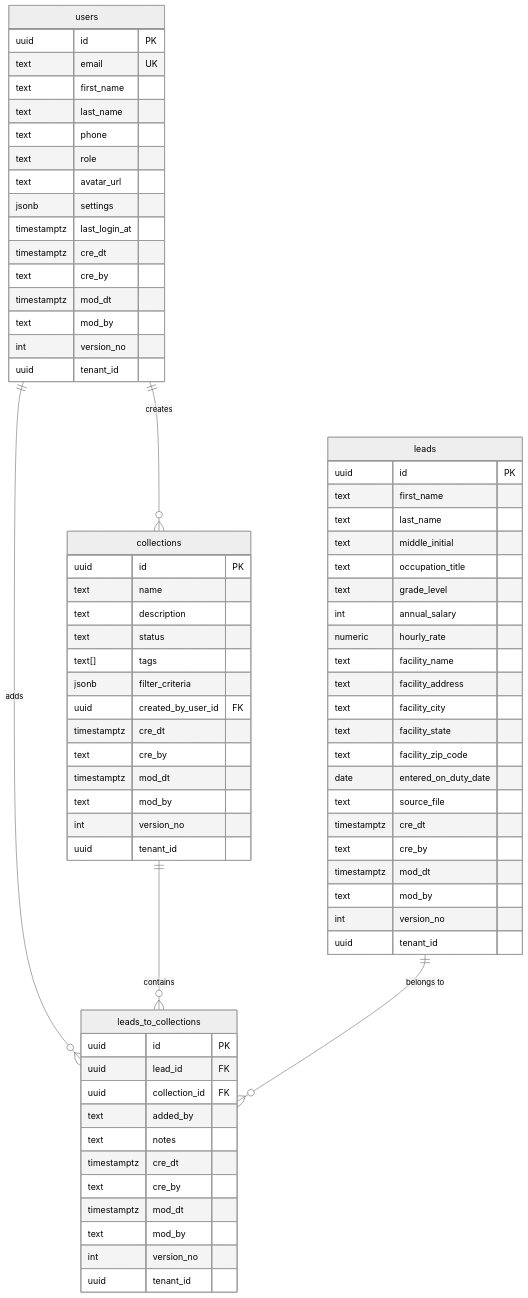
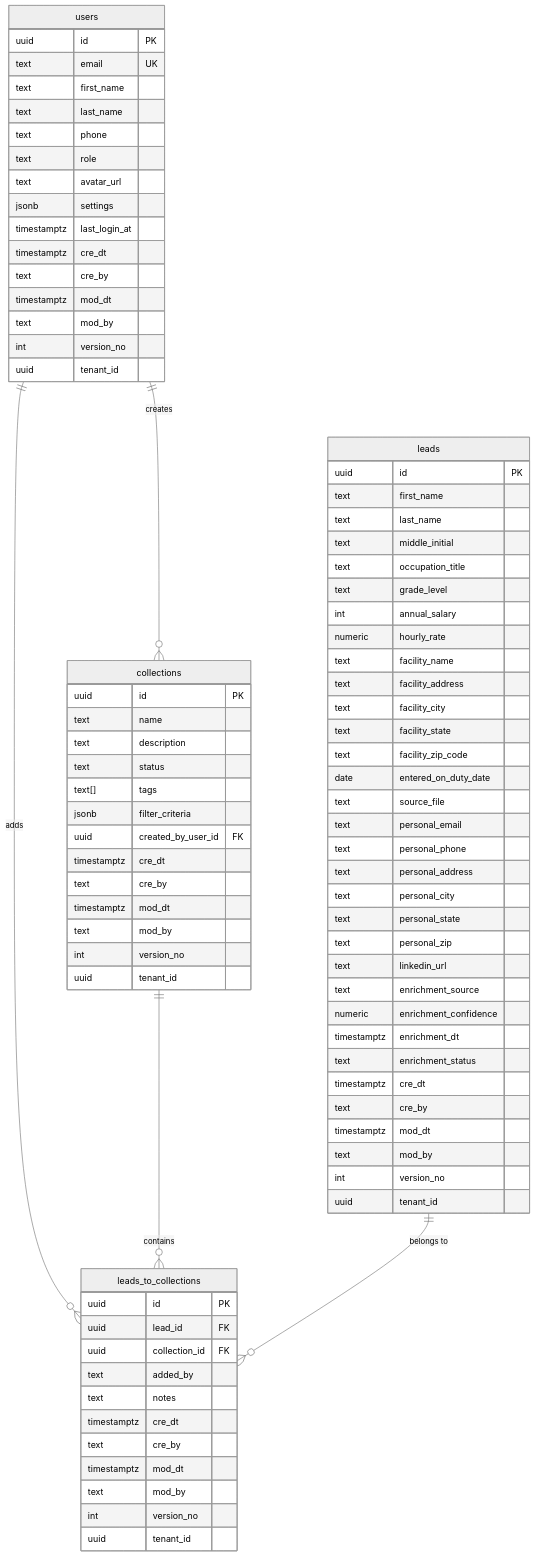
Before and after one commit to maikify350/FEDSafeRetirement: the diagram in App/Database.md, drawn with Mermaid (neutral theme). The commit also changed other lines of this file and 17 other files, not shown here.

Commit message:
feat: add lead.json schema with enrichment strategy and update Database.md with enrichment columns

```diff
--- a/App/Database.md
+++ b/App/Database.md
@@ -81,6 +81,17 @@
         text facility_zip_code
         date entered_on_duty_date
         text source_file
+        text personal_email
+        text personal_phone
+        text personal_address
+        text personal_city
+        text personal_state
+        text personal_zip
+        text linkedin_url
+        text enrichment_source
+        numeric enrichment_confidence
+        timestamptz enrichment_dt
+        text enrichment_status
         timestamptz cre_dt
         text cre_by
         timestamptz mod_dt
```
